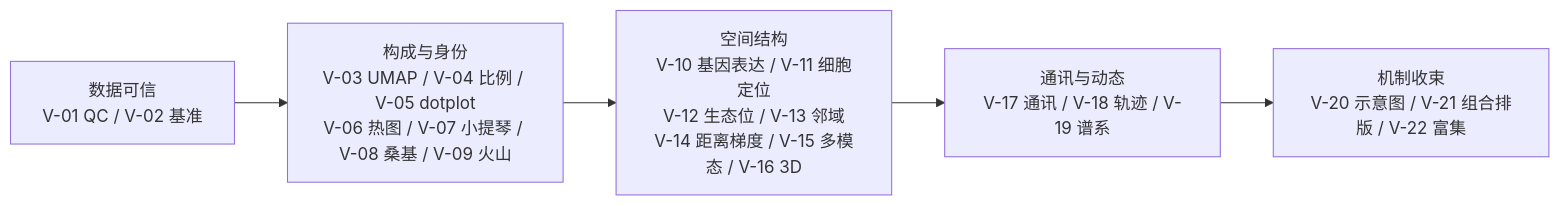
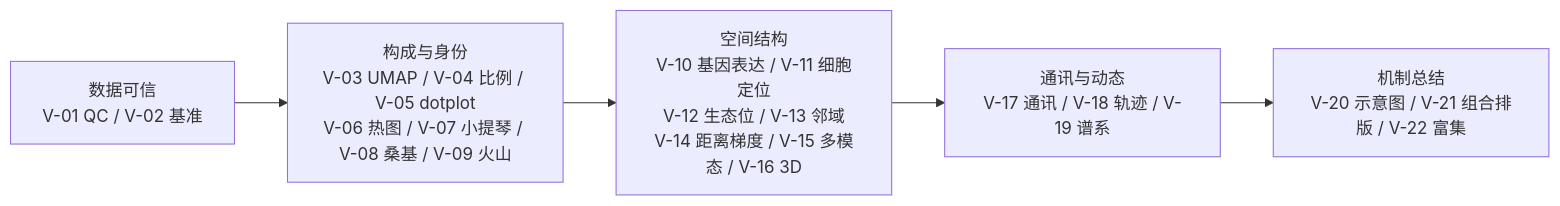
The diagram in docs/07-绘图与呈现.md (zerogue11/xenium-code-atlas), drawn with Mermaid before and after one commit. The commit also changed other lines of this file and 162 other files, not shown here.

````diff
--- a/docs/07-绘图与呈现.md
+++ b/docs/07-绘图与呈现.md
@@ -9,7 +9,7 @@
 ```mermaid
 flowchart LR
     A[数据可信<br>V-01 QC / V-02 基准] --> B[构成与身份<br>V-03 UMAP / V-04 比例 / V-05 dotplot<br>V-06 热图 / V-07 小提琴 / V-08 桑基 / V-09 火山]
     B --> C[空间结构<br>V-10 基因表达 / V-11 细胞定位<br>V-12 生态位 / V-13 邻域<br>V-14 距离梯度 / V-15 多模态 / V-16 3D]
     C --> D[通讯与动态<br>V-17 通讯 / V-18 轨迹 / V-19 谱系]
-    D --> E[机制收束<br>V-20 示意图 / V-21 组合排版 / V-22 富集]
+    D --> E[机制总结<br>V-20 示意图 / V-21 组合排版 / V-22 富集]
 ```
````
